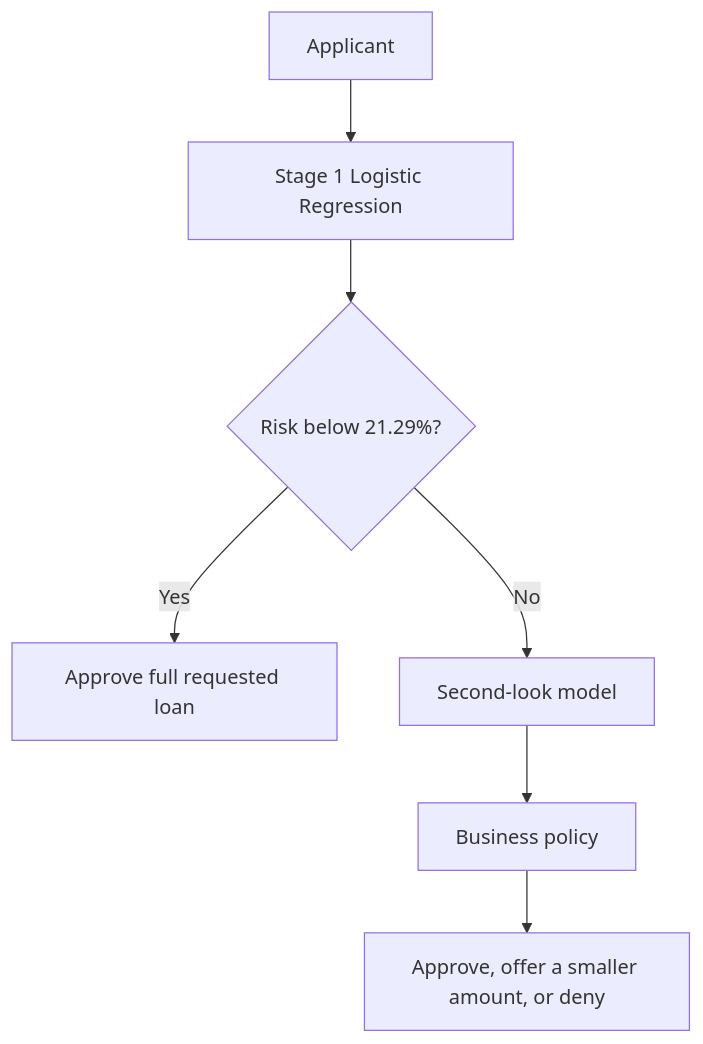
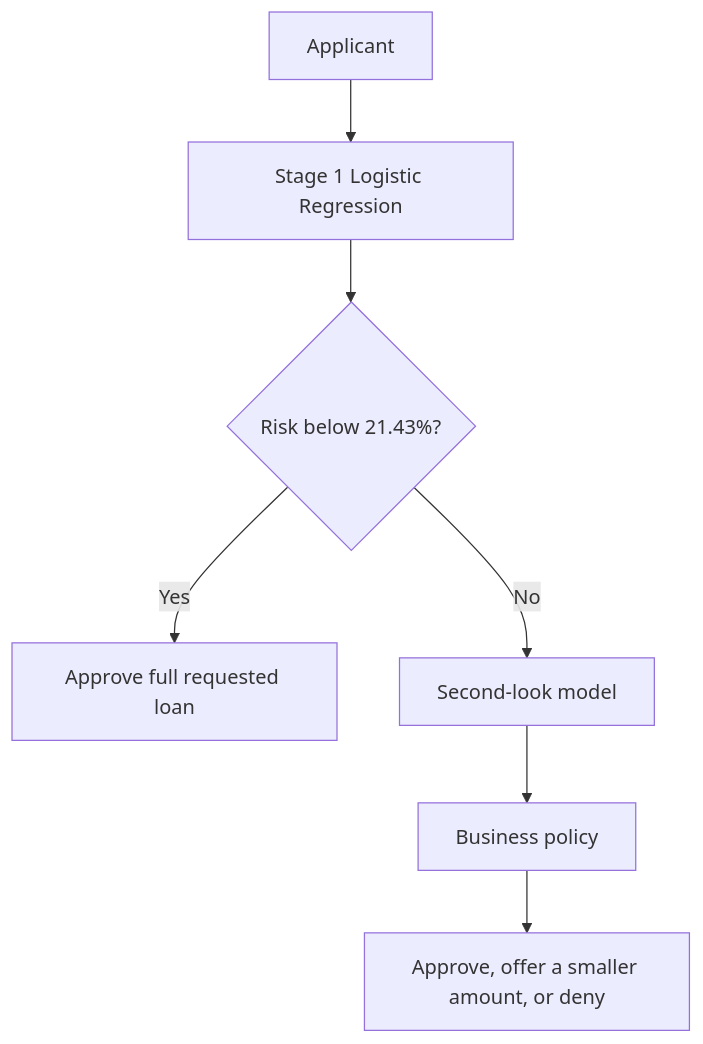
One commit to Break-Through-Tech/American-Express-1D-second-look-lending changed the diagram in reports/logistic/BUSINESS_SUMMARY.md. Above: the diagram before and after it, drawn with Mermaid. The commit also changed other lines of this file and 20 other files, not shown here.

````diff
--- a/reports/logistic/BUSINESS_SUMMARY.md
+++ b/reports/logistic/BUSINESS_SUMMARY.md
@@ -88,9 +88,9 @@
 ```mermaid
 flowchart TD
     A[Applicant] --> B[Stage 1 Logistic Regression]
-    B --> C{Risk below 21.29%?}
+    B --> C{Risk below 21.43%?}
     C -->|Yes| D[Approve full requested loan]
     C -->|No| E[Second-look model]
     E --> F[Business policy]
     F --> G[Approve, offer a smaller amount, or deny]
 ```
````
